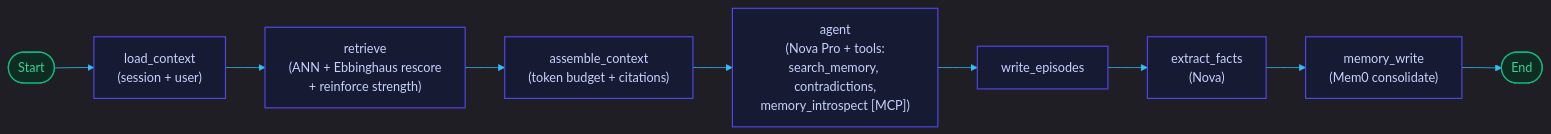
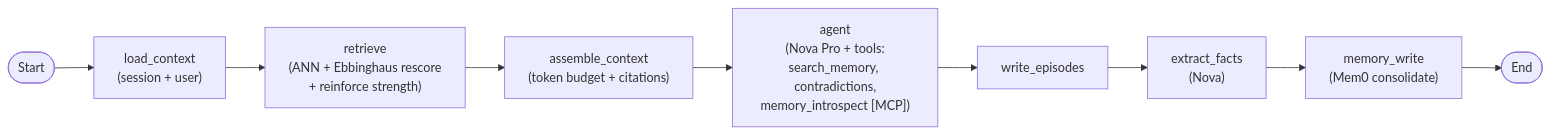
Before and after one commit to Somay-kousis/PaperPlanes: the first of 3 diagrams in README.md, drawn with Mermaid. The commit also changed other lines of this file, not shown here.

Commit message:
README: plain Mermaid diagrams, stack badges

````diff
--- a/README.md
+++ b/README.md
@@ -94,17 +96,11 @@
 ```mermaid
-%%{init: {'theme':'dark','themeVariables':{'background':'#0b0f19','primaryColor':'#1e293b','primaryTextColor':'#f8fafc','lineColor':'#38bdf8','nodeBorder':'#334155'}}}%%
 flowchart LR
     Start([Start]) --> LC["load_context<br/>(session + user)"]
     LC --> RET["retrieve<br/>(ANN + Ebbinghaus rescore<br/>+ reinforce strength)"]
     RET --> AC["assemble_context<br/>(token budget + citations)"]
     AC --> AG["agent<br/>(Nova Pro + tools:<br/>search_memory, contradictions,<br/>memory_introspect [MCP])"]
     AG --> WE["write_episodes"]
     WE --> EF["extract_facts<br/>(Nova)"]
     EF --> MW["memory_write<br/>(Mem0 consolidate)"]
     MW --> End([End])
-
-    classDef n fill:#161b33,stroke:#4f46e5,stroke-width:1.5px,color:#c7d2fe;
-    classDef se fill:#0f2c22,stroke:#10b981,stroke-width:1.5px,color:#34d399;
-    class LC,RET,AC,AG,WE,EF,MW n;
-    class Start,End se;
 ```
````
